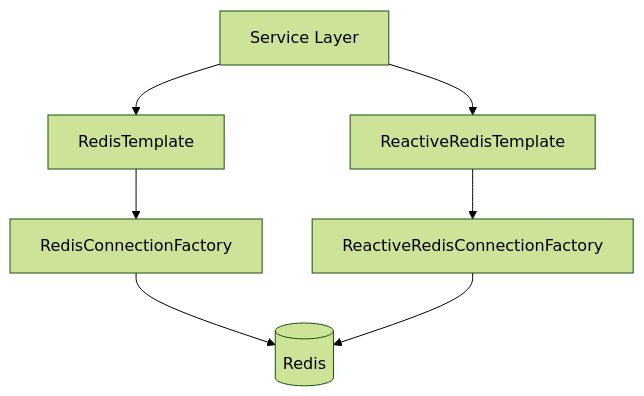
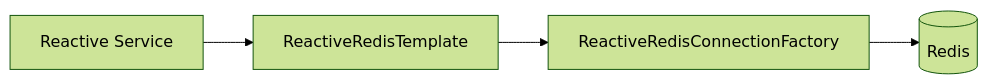
The fourth of 5 diagrams in docs/reference/architecture/data-redis-cache/data-redis-cache.md (flamingo-stack/openframe-oss-lib), drawn with Mermaid (forest theme) before and after one commit. The commit also changed other lines of this file and 172 other files, not shown here.

````diff
--- a/docs/reference/architecture/data-redis-cache/data-redis-cache.md
+++ b/docs/reference/architecture/data-redis-cache/data-redis-cache.md
@@ -138,13 +166,6 @@
 ```mermaid
-flowchart TD
-    ServiceLayer["Service Layer"]
-
-    ServiceLayer --> Blocking["RedisTemplate"]
-    ServiceLayer --> Reactive["ReactiveRedisTemplate"]
-
-    Blocking --> SyncConn["RedisConnectionFactory"]
-    Reactive --> ReactiveConn["ReactiveRedisConnectionFactory"]
-
-    SyncConn --> RedisServer[("Redis")]
-    ReactiveConn --> RedisServer
+flowchart LR
+    ReactiveService["Reactive Service"] --> ReactiveTemplate["ReactiveRedisTemplate"]
+    ReactiveTemplate --> ReactiveConnection["ReactiveRedisConnectionFactory"]
+    ReactiveConnection --> Redis[("Redis")]
 ```
````
